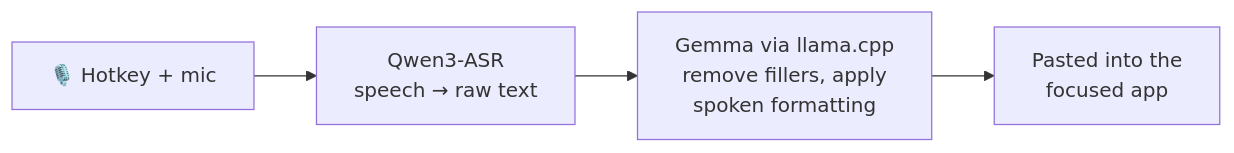
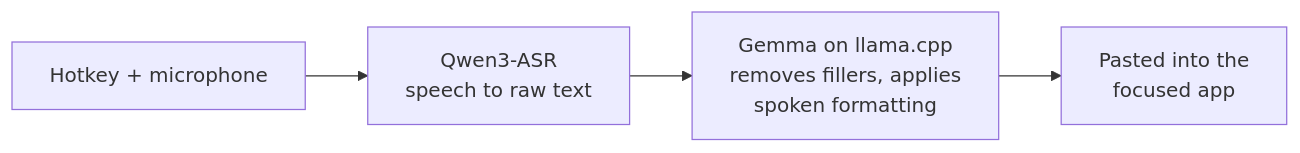
One commit to ParthVarekar/ParthVarekar changed the second of 4 diagrams in README.md. Above: the diagram before and after it, drawn with Mermaid. The commit also changed other lines of this file and 31 other files, not shown here.

````diff
--- a/README.md
+++ b/README.md
@@ -52,6 +48,6 @@
 ```mermaid
 flowchart LR
-    M["🎙️ Hotkey + mic"] --> ASR["Qwen3-ASR<br/>speech → raw text"]
-    ASR --> P["Gemma via llama.cpp<br/>remove fillers, apply<br/>spoken formatting"]
+    M["Hotkey + microphone"] --> ASR["Qwen3-ASR<br/>speech to raw text"]
+    ASR --> P["Gemma on llama.cpp<br/>removes fillers, applies<br/>spoken formatting"]
     P --> O["Pasted into the<br/>focused app"]
 ```
````
